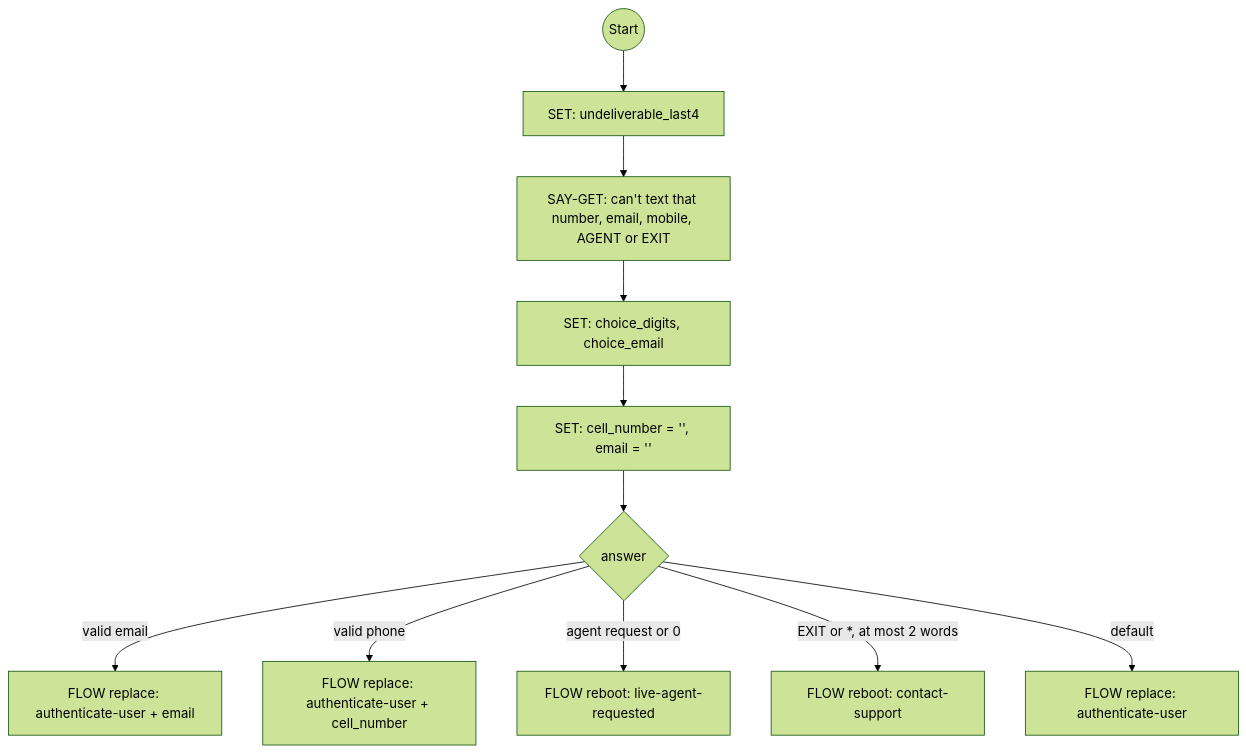
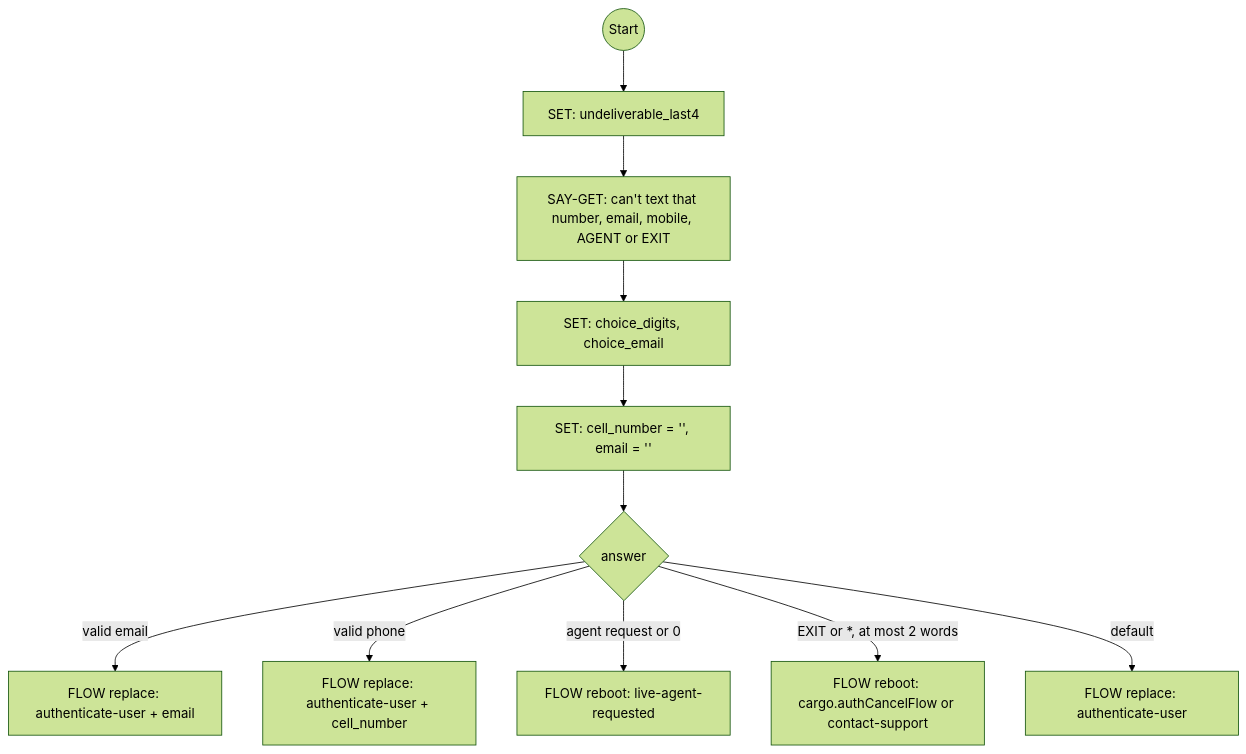
Before and after one commit to ronpinkas/jsfe: diagram 15 of 16 in docs/system-flows.md, drawn with Mermaid (forest theme). The commit also changed other lines of this file and 1 other file, not shown here.

Commit message:
docs: system flows page for the single retry menu and cancel_flow at every exit

````diff
--- a/docs/system-flows.md
+++ b/docs/system-flows.md
@@ -707,13 +758,13 @@
 ```mermaid
 graph TD
     start((Start)) --> describe_number[SET: undeliverable_last4]
     describe_number --> ask_other_contact[SAY-GET: can't text that number, email, mobile, AGENT or EXIT]
     ask_other_contact --> read[SET: choice_digits, choice_email]
     read --> clear[SET: cell_number = '', email = '']
     clear --> handle_choice{answer}
     handle_choice -->|valid email| try_email[FLOW replace: authenticate-user + email]
     handle_choice -->|valid phone| try_other_cell[FLOW replace: authenticate-user + cell_number]
     handle_choice -->|agent request or 0| goto_live_agent[FLOW reboot: live-agent-requested]
-    handle_choice -->|EXIT or *, at most 2 words| abort_process[FLOW reboot: contact-support]
+    handle_choice -->|EXIT or *, at most 2 words| abort_process[FLOW reboot: cargo.authCancelFlow or contact-support]
     handle_choice -->|default| ask_contact_again[FLOW replace: authenticate-user]
 ```
````
